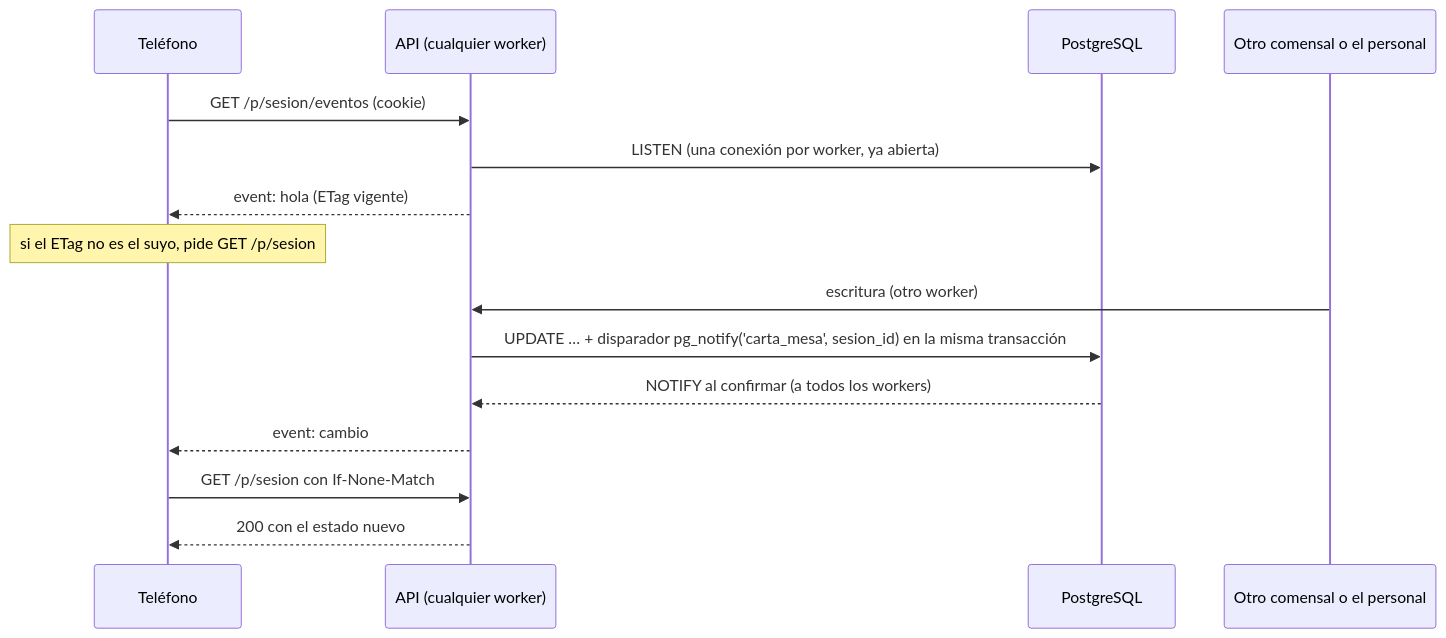
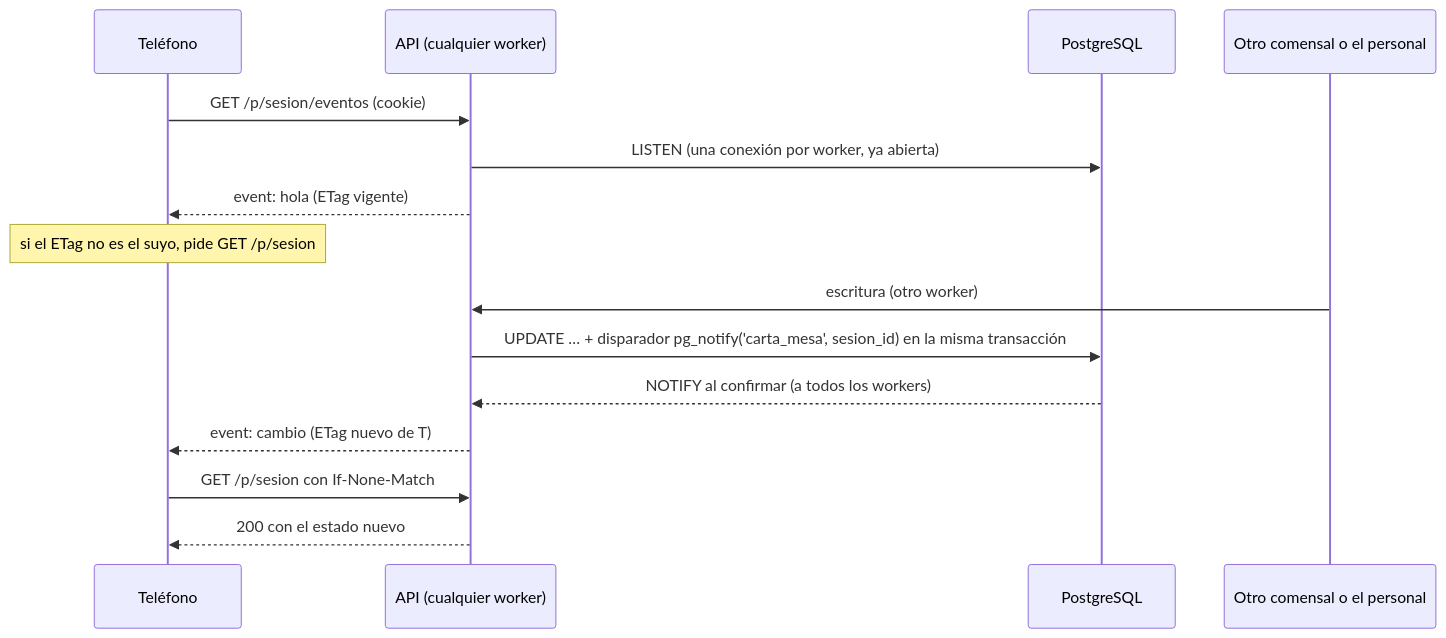
Before and after one commit to KlvinLopez/carta: the second of 3 diagrams in docs/plan/02_Arquitectura_v1.md, drawn with Mermaid. The commit also changed other lines of this file and 6 other files, not shown here.

````diff
--- a/docs/plan/02_Arquitectura_v1.md
+++ b/docs/plan/02_Arquitectura_v1.md
@@ -164,17 +165,17 @@
 ```mermaid
 sequenceDiagram
   participant T as Teléfono
   participant A as API (cualquier worker)
   participant D as PostgreSQL
   participant O as Otro comensal o el personal
   T->>A: GET /p/sesion/eventos (cookie)
   A->>D: LISTEN (una conexión por worker, ya abierta)
   A-->>T: event: hola (ETag vigente)
   Note over T: si el ETag no es el suyo, pide GET /p/sesion
   O->>A: escritura (otro worker)
   A->>D: UPDATE … + disparador pg_notify('carta_mesa', sesion_id) en la misma transacción
   D-->>A: NOTIFY al confirmar (a todos los workers)
-  A-->>T: event: cambio
+  A-->>T: event: cambio (ETag nuevo de T)
   T->>A: GET /p/sesion con If-None-Match
   A-->>T: 200 con el estado nuevo
 ```
````
